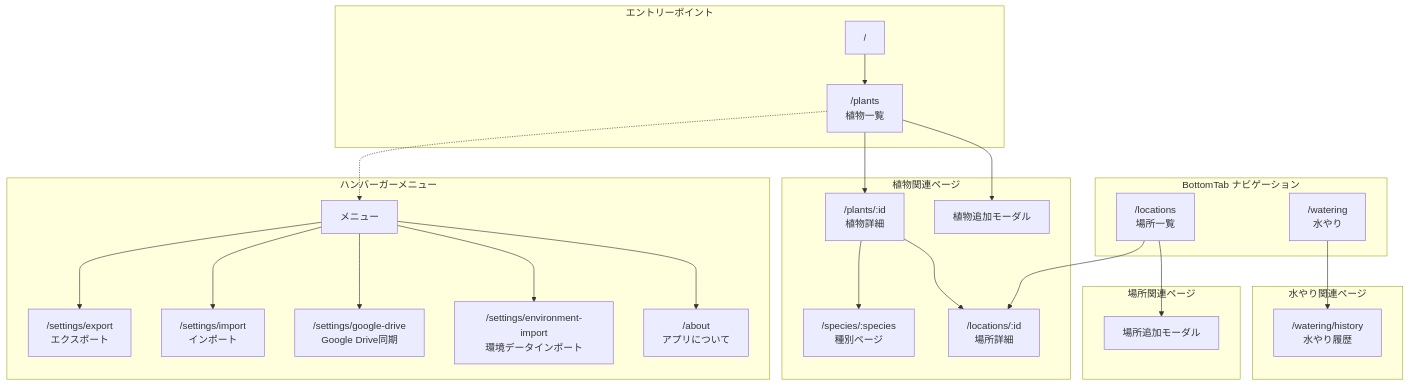
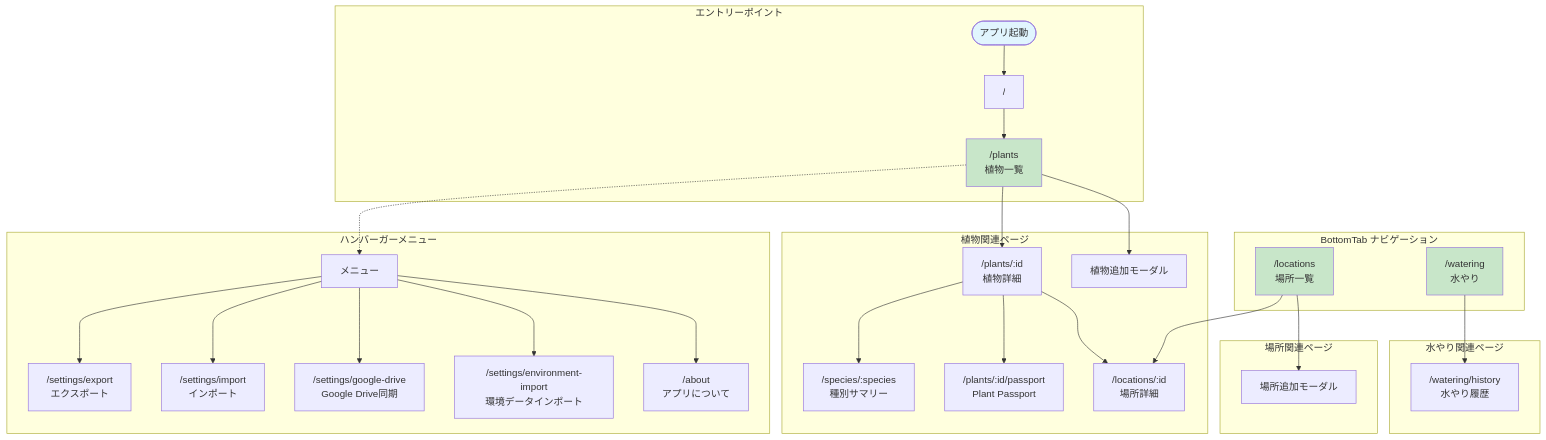
The first of 19 diagrams in docs/app-flow-diagram.md (flat-lw/plalog), drawn with Mermaid before and after one commit. The commit also changed other lines of this file and 6 other files, not shown here.

First line of the commit message:
docs: フロー図をテンプレートに基づき全面改訂、仕様書を実装に合わせて更新

````diff
--- a/docs/app-flow-diagram.md
+++ b/docs/app-flow-diagram.md
@@ -9,39 +19,46 @@
 ```mermaid
-flowchart TB
-    subgraph Entry["エントリーポイント"]
-        Start["/"] --> Plants
+graph TB
+    subgraph "エントリーポイント"
+        Start([アプリ起動]) --> Root["/"]
+        Root --> Plants
     end
 
-    subgraph BottomTab["BottomTab ナビゲーション"]
-        Plants["/plants<br>植物一覧"]
-        Watering["/watering<br>水やり"]
-        Locations["/locations<br>場所一覧"]
+    subgraph "BottomTab ナビゲーション"
+        Plants["/plants<br/>植物一覧"]
+        Watering["/watering<br/>水やり"]
+        Locations["/locations<br/>場所一覧"]
     end
 
-    subgraph PlantPages["植物関連ページ"]
-        Plants --> PlantDetail["/plants/:id<br>植物詳細"]
+    subgraph "植物関連ページ"
+        Plants --> PlantDetail["/plants/:id<br/>植物詳細"]
         Plants --> AddPlant["植物追加モーダル"]
-        PlantDetail --> SpeciesPage["/species/:species<br>種別ページ"]
+        PlantDetail --> SpeciesPage["/species/:species<br/>種別サマリー"]
+        PlantDetail --> PlantPassport["/plants/:id/passport<br/>Plant Passport"]
         PlantDetail --> LocationDetail
     end
 
-    subgraph WateringPages["水やり関連ページ"]
-        Watering --> WateringHistory["/watering/history<br>水やり履歴"]
+    subgraph "水やり関連ページ"
+        Watering --> WateringHistory["/watering/history<br/>水やり履歴"]
     end
 
-    subgraph LocationPages["場所関連ページ"]
-        Locations --> LocationDetail["/locations/:id<br>場所詳細"]
+    subgraph "場所関連ページ"
+        Locations --> LocationDetail["/locations/:id<br/>場所詳細"]
         Locations --> AddLocation["場所追加モーダル"]
     end
 
-    subgraph HamburgerMenu["ハンバーガーメニュー"]
+    subgraph "ハンバーガーメニュー"
         Menu["メニュー"]
-        Menu --> Export["/settings/export<br>エクスポート"]
-        Menu --> Import["/settings/import<br>インポート"]
-        Menu --> GoogleDrive["/settings/google-drive<br>Google Drive同期"]
-        Menu --> EnvImport["/settings/environment-import<br>環境データインポート"]
-        Menu --> About["/about<br>アプリについて"]
+        Menu --> Export["/settings/export<br/>エクスポート"]
+        Menu --> Import["/settings/import<br/>インポート"]
+        Menu --> GoogleDrive["/settings/google-drive<br/>Google Drive同期"]
+        Menu --> EnvImport["/settings/environment-import<br/>環境データインポート"]
+        Menu --> About["/about<br/>アプリについて"]
     end
 
     Plants -.-> Menu
+
+    style Start fill:#e1f5fe
+    style Plants fill:#c8e6c9
+    style Watering fill:#c8e6c9
+    style Locations fill:#c8e6c9
 ```
````
